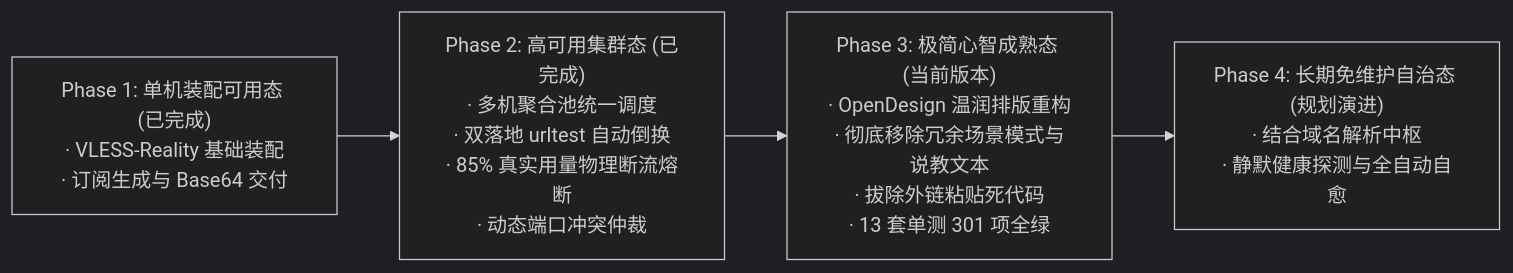
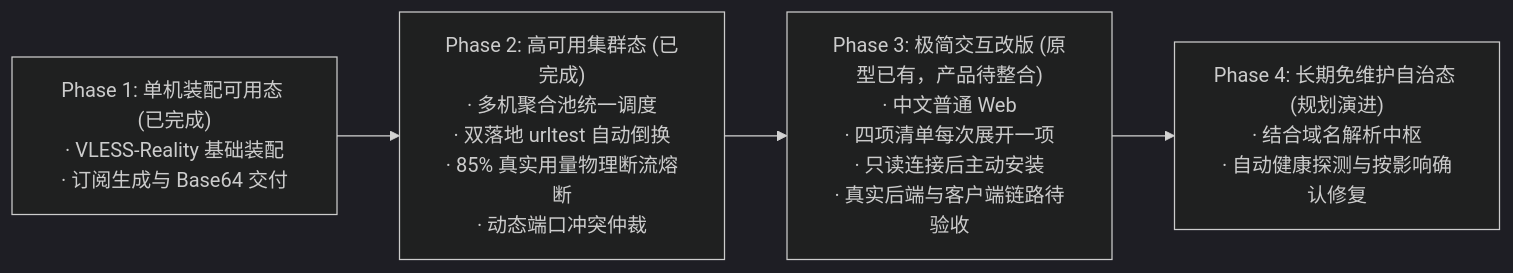
Before and after one commit to AdgaiWalker/VPN-OwnLine: the third of 3 diagrams in docs/核心文档/02-产品规划-产品定位与全流程规划白皮书.md, drawn with Mermaid (dark theme). The commit also changed other lines of this file and 43 other files, not shown here.

Commit message:
docs: align specs to single-track architecture, RFC 5737 addresses, client matrix, and test metrics

````diff
--- a/docs/核心文档/02-产品规划-产品定位与全流程规划白皮书.md
+++ b/docs/核心文档/02-产品规划-产品定位与全流程规划白皮书.md
@@ -119,9 +123,9 @@
 ```mermaid
 flowchart LR
     P1["Phase 1: 单机装配可用态 (已完成)<br/>· VLESS-Reality 基础装配<br/>· 订阅生成与 Base64 交付"]
     P2["Phase 2: 高可用集群态 (已完成)<br/>· 多机聚合池统一调度<br/>· 双落地 urltest 自动倒换<br/>· 85% 真实用量物理断流熔断<br/>· 动态端口冲突仲裁"]
-    P3["Phase 3: 极简心智成熟态 (当前版本)<br/>· OpenDesign 温润排版重构<br/>· 彻底移除冗余场景模式与说教文本<br/>· 拔除外链粘贴死代码<br/>· 13 套单测 301 项全绿"]
-    P4["Phase 4: 长期免维护自治态 (规划演进)<br/>· 结合域名解析中枢<br/>· 静默健康探测与全自动自愈"]
+    P3["Phase 3: 极简交互改版 (原型已有，产品待整合)<br/>· 中文普通 Web<br/>· 四项清单每次展开一项<br/>· 只读连接后主动安装<br/>· 真实后端与客户端链路待验收"]
+    P4["Phase 4: 长期免维护自治态 (规划演进)<br/>· 结合域名解析中枢<br/>· 自动健康探测与按影响确认修复"]
 
     P1 --> P2 --> P3 --> P4
 ```
````
